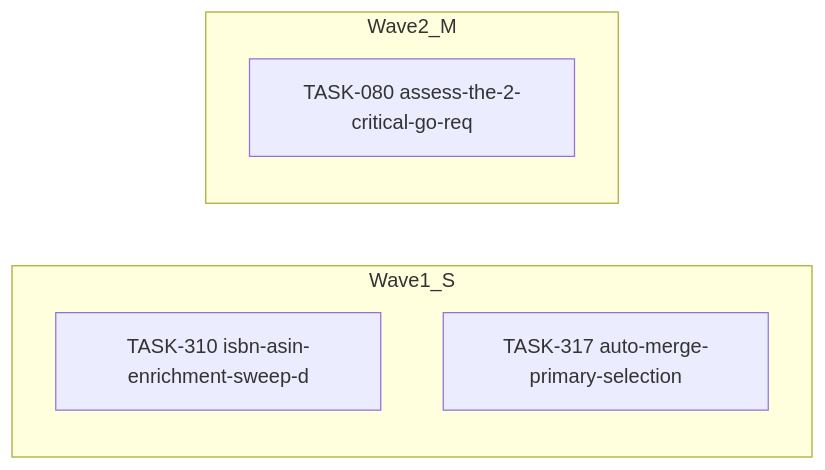
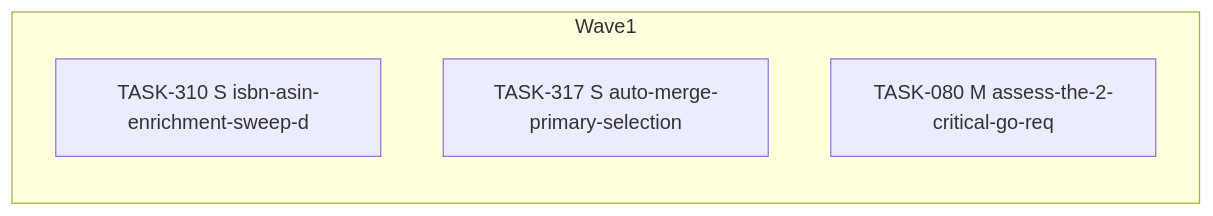
Before and after one commit to falkcorp/audiobook-organizer: the diagram in docs/agent-tasks/todo-completion-2026-09/metadata/orchestration.md, drawn with Mermaid. The commit also changed other lines of this file and 270 other files, not shown here.

````diff
--- a/docs/agent-tasks/todo-completion-2026-09/metadata/orchestration.md
+++ b/docs/agent-tasks/todo-completion-2026-09/metadata/orchestration.md
@@ -10,10 +10,8 @@
 ```mermaid
 flowchart LR
-    subgraph Wave1_S
-      TASK310[TASK-310 isbn-asin-enrichment-sweep-d]
-      TASK317[TASK-317 auto-merge-primary-selection]
-    end
-    subgraph Wave2_M
-      TASK080[TASK-080 assess-the-2-critical-go-req]
+    subgraph Wave1
+      TASK310[TASK-310 S isbn-asin-enrichment-sweep-d]
+      TASK317[TASK-317 S auto-merge-primary-selection]
+      TASK080[TASK-080 M assess-the-2-critical-go-req]
     end
 ```
````
